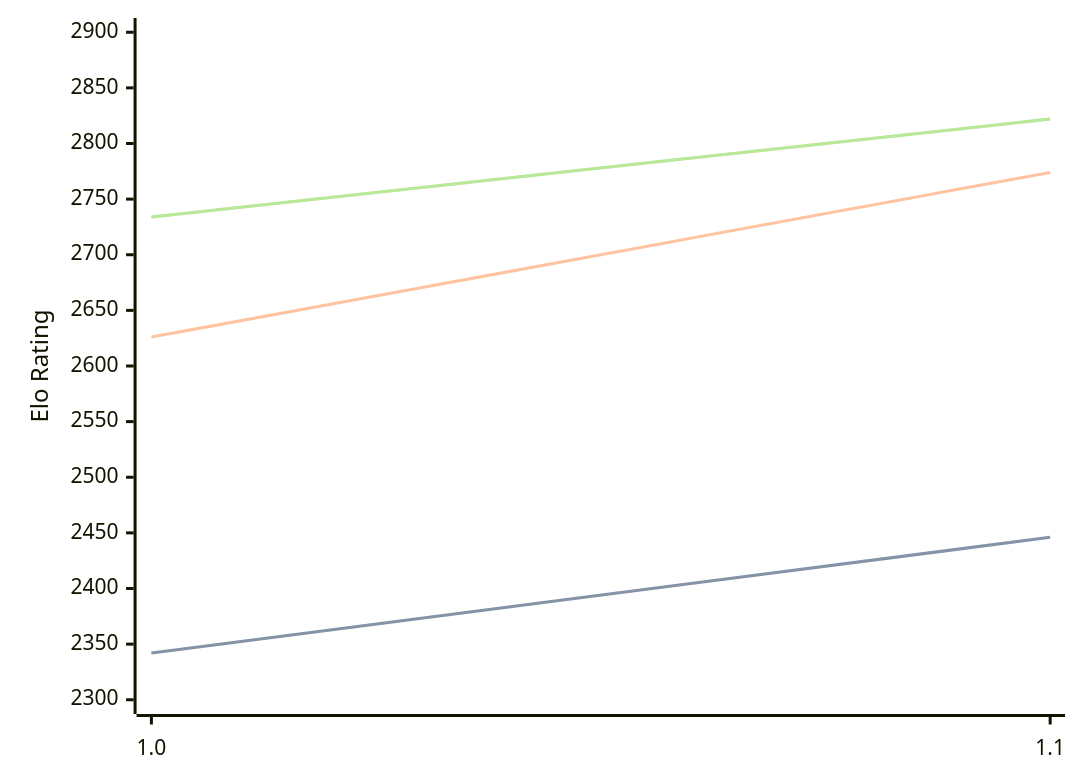
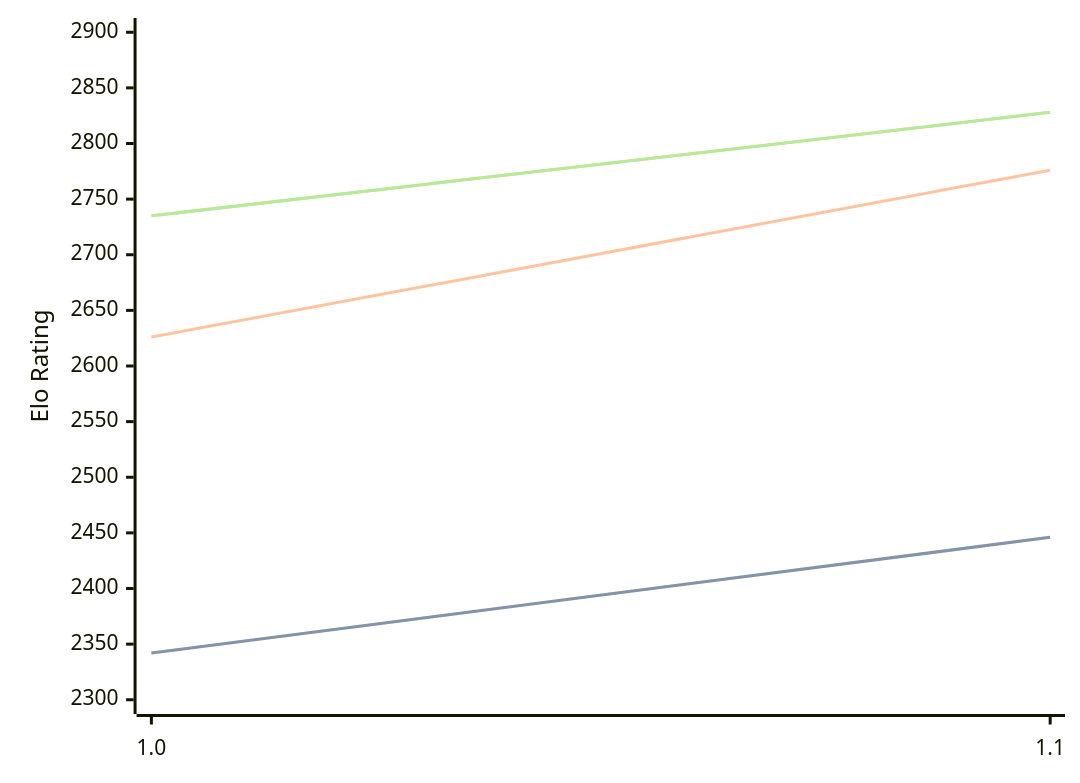
The diagram in engines/Casanchess.md (computer-chess-index/cci), drawn with Mermaid before and after one commit. The commit also changed other lines of this file, not shown here.

Commit message:
Update CCI Ratings (ELO VLTC) - 2026-08-29

````diff
--- a/engines/Casanchess.md
+++ b/engines/Casanchess.md
@@ -32,11 +32,11 @@
 ```mermaid
 %%{init: {"theme":"base","themeVariables":{"seriesColors:['#a3a3a3','#222221','#faa371']}}}%%
 xychart-beta
   x-axis ["1.0", "1.1"]
   y-axis "Elo Rating" 2300 --> 2900
   line "" [2342, 2446]
   line "STC (8.0+0.08s)" [2342, 2446]
-  line "LTC (60.0+0.60s)" [2626, 2774]
-  line "" [2734, 2822]
-  line "VLTC (2m24s+1.12s)" [2734, 2822]
+  line "LTC (60.0+0.60s)" [2626, 2776]
+  line "" [2735, 2828]
+  line "VLTC (2m24s+1.12s)" [2735, 2828]
 ```
````
